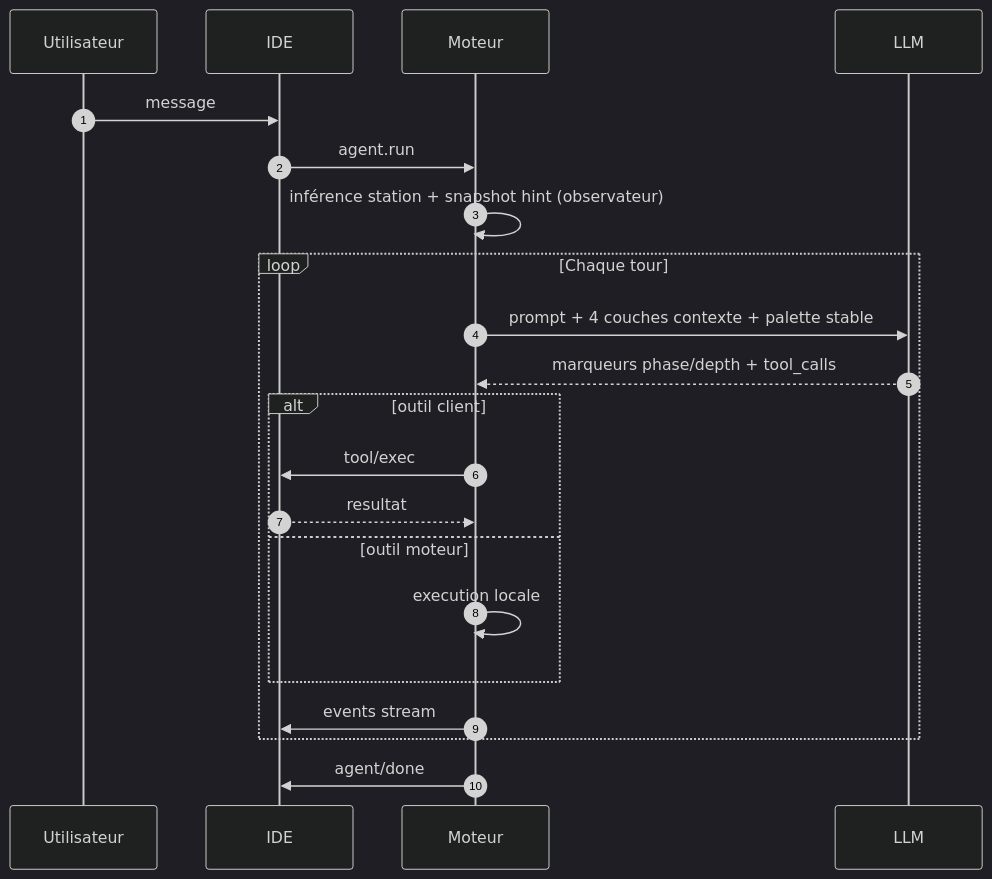
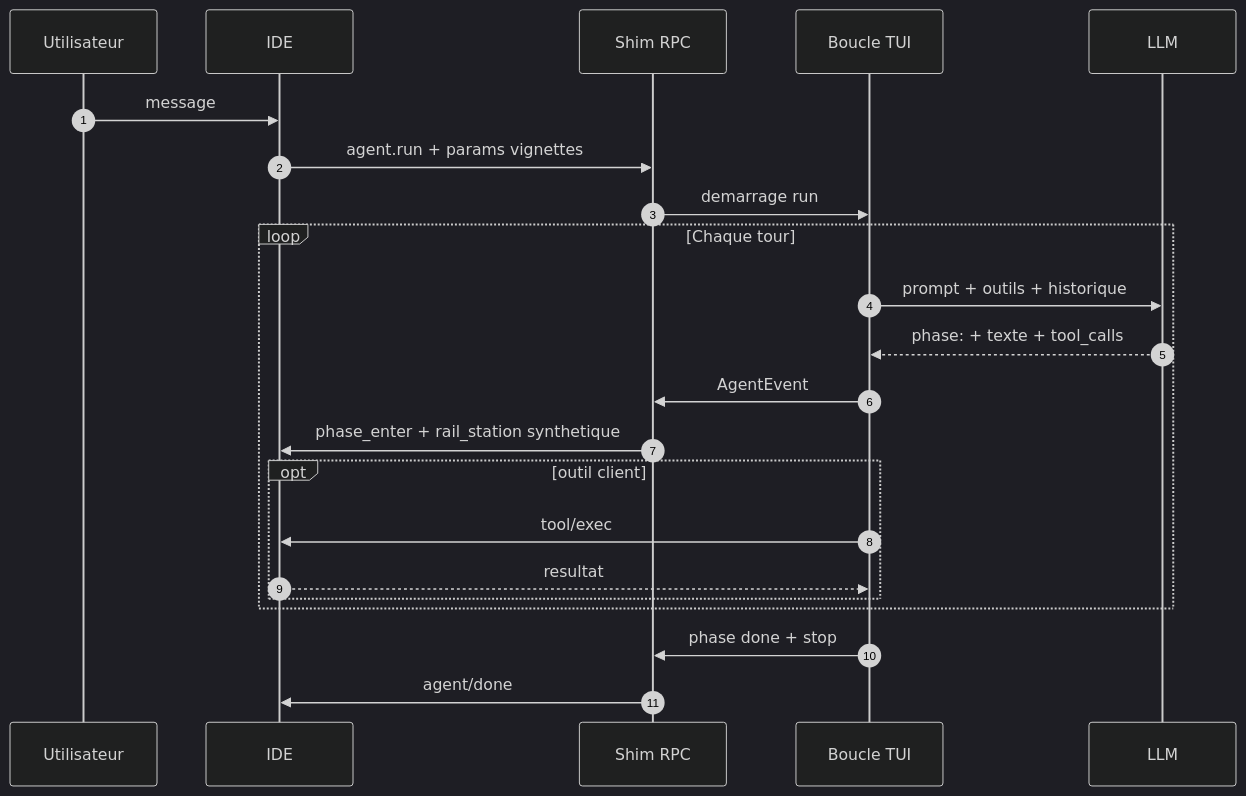
Before and after one commit to DroxKiwi/Drox---IDE---OR: the sixth of 7 diagrams in README.md, drawn with Mermaid (dark theme). The commit also changed other lines of this file and 1 other file, not shown here.

First line of the commit message:
Docs: README et RELEASE_NOTES 1.5.0 — archi tui_mono.

````diff
--- a/README.md
+++ b/README.md
@@ -181,24 +186,25 @@
 ```mermaid
 sequenceDiagram
   autonumber
   participant U as Utilisateur
   participant IDE as IDE
-  participant M as Moteur
+  participant SH as Shim RPC
+  participant M as Boucle TUI
   participant L as LLM
 
   U->>IDE: message
-  IDE->>M: agent.run
-  M->>M: inférence station + snapshot hint (observateur)
+  IDE->>SH: agent.run + params vignettes
+  SH->>M: demarrage run
   loop Chaque tour
-    M->>L: prompt + 4 couches contexte + palette stable
-    L-->>M: marqueurs phase/depth + tool_calls
-    alt outil client
+    M->>L: prompt + outils + historique
+    L-->>M: phase: + texte + tool_calls
+    M->>SH: AgentEvent
+    SH->>IDE: phase_enter + rail_station synthetique
+    opt outil client
       M->>IDE: tool/exec
       IDE-->>M: resultat
-    else outil moteur
-      M->>M: execution locale
     end
-    M->>IDE: events stream
   end
-  M->>IDE: agent/done
+  M->>SH: phase done + stop
+  SH->>IDE: agent/done
 ```
````
